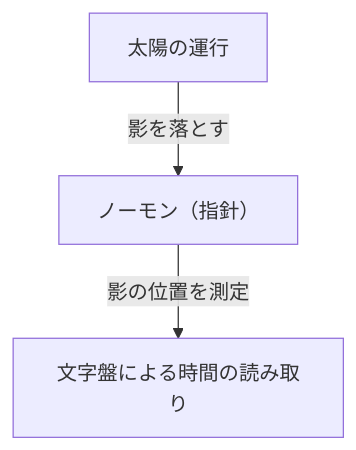
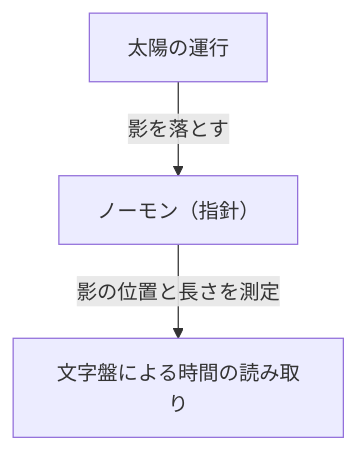
One commit to kenjinote/blog changed the first of 3 diagrams in content/post/history-of-timekeeping-technology/index.md. Above: the diagram before and after it, drawn with Mermaid. The commit also changed other lines of this file and 129 other files, not shown here.

````diff
--- a/content/post/history-of-timekeeping-technology/index.md
+++ b/content/post/history-of-timekeeping-technology/index.md
@@ -19,5 +22,5 @@
 ```mermaid
 graph TD
     A["太陽の運行"] -- "影を落とす" --> B["ノーモン（指針）"]
-    B -- "影の位置を測定" --> C["文字盤による時間の読み取り"]
+    B -- "影の位置と長さを測定" --> C["文字盤による時間の読み取り"]
 ```
````
